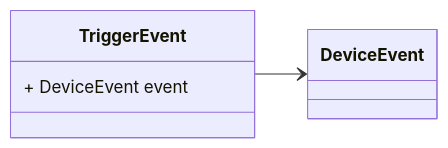
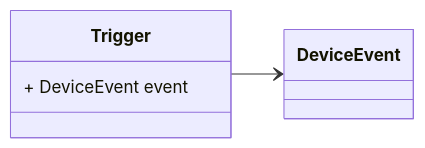
Before and after one commit to zaphiro-technologies/protobuf: the seventh of 8 diagrams in docs/device_event.proto.md, drawn with Mermaid. The commit also changed other lines of this file and 2 other files, not shown here.

First line of the commit message:
Remove `Event` from the name of `DeviceEvent` subclasses (#37)

````diff
--- a/docs/device_event.proto.md
+++ b/docs/device_event.proto.md
@@ -124,12 +124,12 @@
 ```mermaid
 classDiagram
 direction LR
 
 %% 
 
-class TriggerEvent {
+class Trigger {
   + DeviceEvent event
 }
-TriggerEvent --> `DeviceEvent`
+Trigger --> `DeviceEvent`
 
 ```
````
